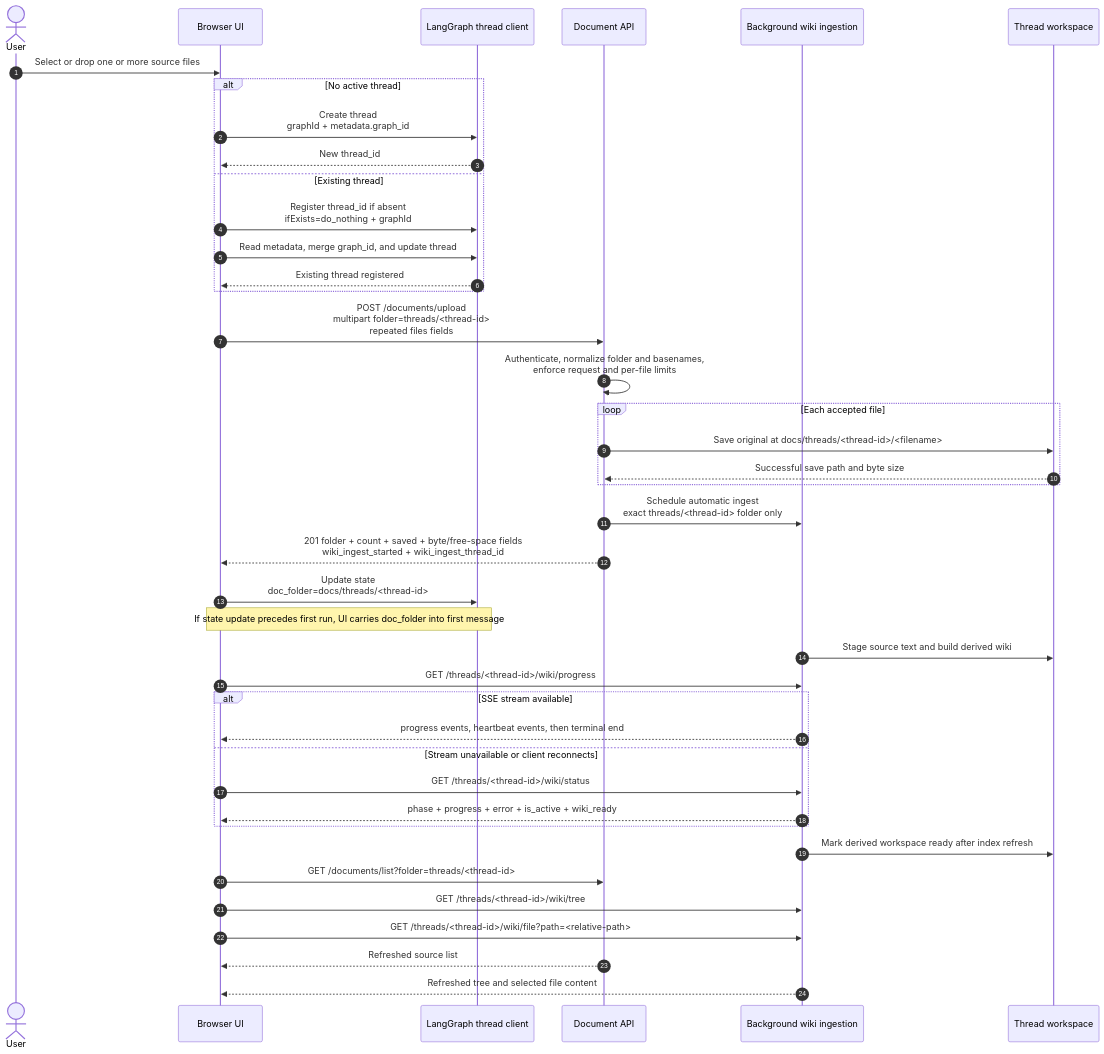
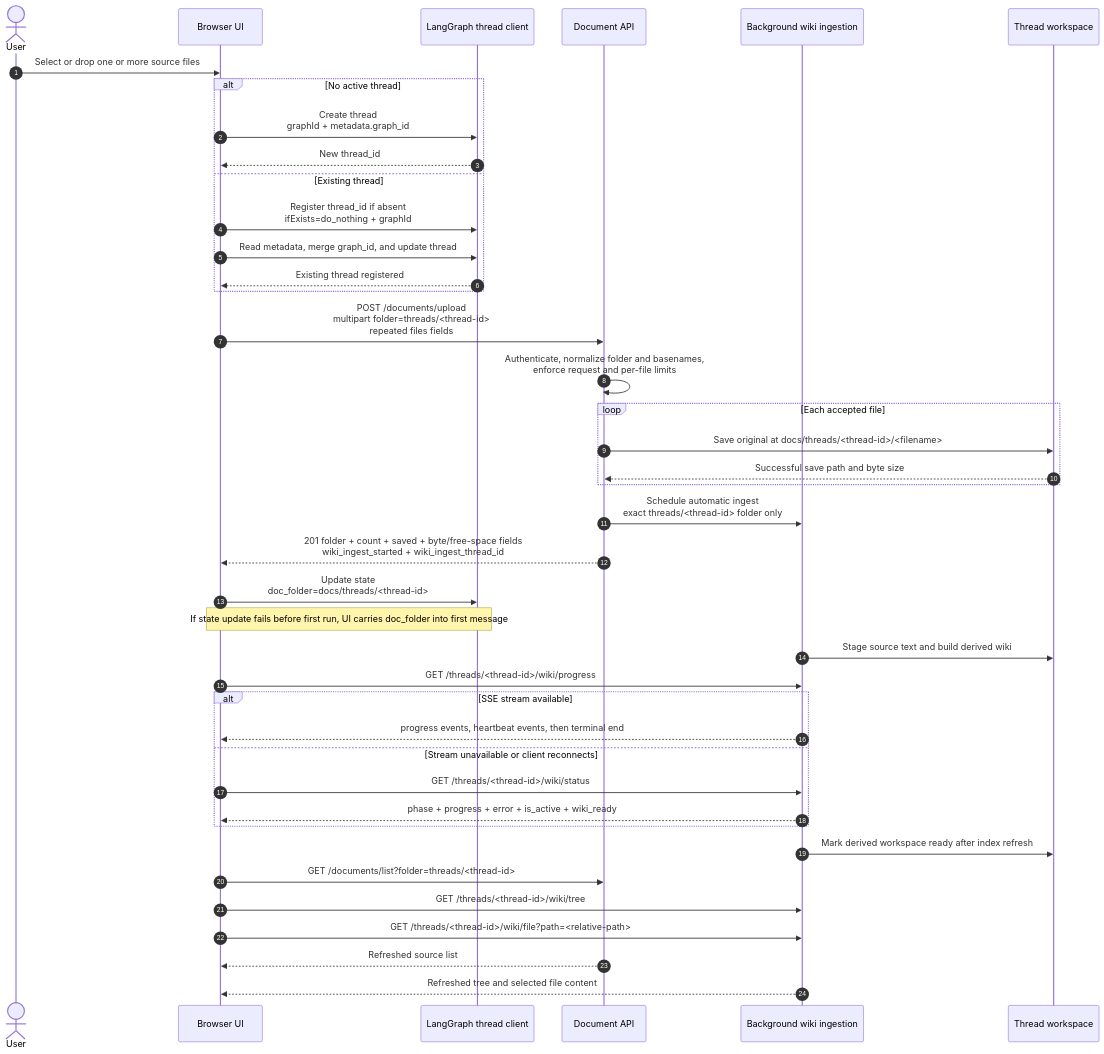
Before and after one commit to jerryshao2012/bmo-deepagent-ui: the first of 2 diagrams in documents/llm-wiki/llm-wiki.md, drawn with Mermaid. The commit also changed other lines of this file, not shown here.

````diff
--- a/documents/llm-wiki/llm-wiki.md
+++ b/documents/llm-wiki/llm-wiki.md
@@ -47,44 +47,44 @@
 ```mermaid
 sequenceDiagram
     autonumber
     actor U as User
     participant UI as Browser UI
     participant LG as LangGraph thread client
     participant DOC as Document API
     participant ING as Background wiki ingestion
     participant WS as Thread workspace
 
     U->>UI: Select or drop one or more source files
     alt No active thread
         UI->>LG: Create thread<br/>graphId + metadata.graph_id
         LG-->>UI: New thread_id
     else Existing thread
         UI->>LG: Register thread_id if absent<br/>ifExists=do_nothing + graphId
         UI->>LG: Read metadata, merge graph_id, and update thread
         LG-->>UI: Existing thread registered
     end
     UI->>DOC: POST /documents/upload<br/>multipart folder=threads/<thread-id><br/>repeated files fields
     DOC->>DOC: Authenticate, normalize folder and basenames,<br/>enforce request and per-file limits
     loop Each accepted file
         DOC->>WS: Save original at docs/threads/<thread-id>/<filename>
         WS-->>DOC: Successful save path and byte size
     end
     DOC->>ING: Schedule automatic ingest<br/>exact threads/<thread-id> folder only
     DOC-->>UI: 201 folder + count + saved + byte/free-space fields<br/>wiki_ingest_started + wiki_ingest_thread_id
     UI->>LG: Update state<br/>doc_folder=docs/threads/<thread-id>
-    Note over UI,LG: If state update precedes first run, UI carries doc_folder into first message
+    Note over UI,LG: If state update fails before first run, UI carries doc_folder into first message
     ING->>WS: Stage source text and build derived wiki
     UI->>ING: GET /threads/<thread-id>/wiki/progress
     alt SSE stream available
         ING-->>UI: progress events, heartbeat events, then terminal end
     else Stream unavailable or client reconnects
         UI->>ING: GET /threads/<thread-id>/wiki/status
         ING-->>UI: phase + progress + error + is_active + wiki_ready
     end
     ING->>WS: Mark derived workspace ready after index refresh
     UI->>DOC: GET /documents/list?folder=threads/<thread-id>
     UI->>ING: GET /threads/<thread-id>/wiki/tree
     UI->>ING: GET /threads/<thread-id>/wiki/file?path=<relative-path>
     DOC-->>UI: Refreshed source list
     ING-->>UI: Refreshed tree and selected file content
 ```
````
